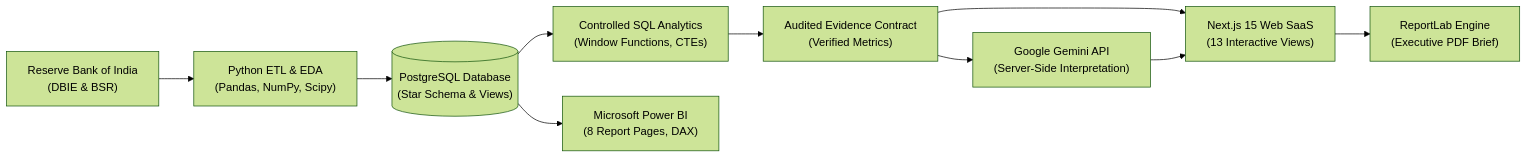
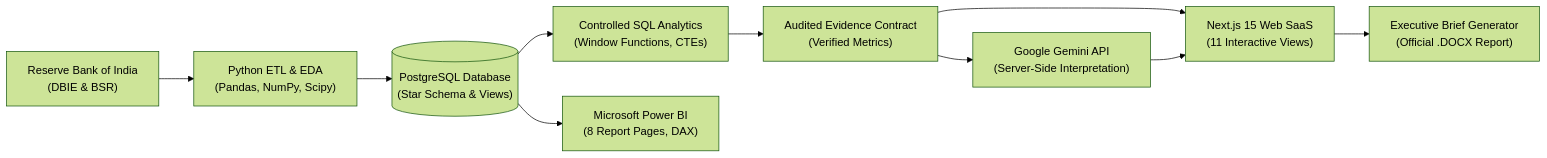
The diagram in README.md (code-with-krish/FinIntellect-RBI-Enterprise-Banking-Financial-Intelligence-), drawn with Mermaid (forest theme) before and after one commit. The commit also changed other lines of this file and 6 other files, not shown here.

````diff
--- a/README.md
+++ b/README.md
@@ -21,12 +58,12 @@
 ```mermaid
 flowchart LR
     RBI["Reserve Bank of India<br/>(DBIE & BSR)"] --> PY["Python ETL & EDA<br/>(Pandas, NumPy, Scipy)"]
     PY --> DB[("PostgreSQL Database<br/>(Star Schema & Views)")]
     DB --> SQL["Controlled SQL Analytics<br/>(Window Functions, CTEs)"]
     SQL --> EVIDENCE["Audited Evidence Contract<br/>(Verified Metrics)"]
     DB --> BI["Microsoft Power BI<br/>(8 Report Pages, DAX)"]
     EVIDENCE --> AI["Google Gemini API<br/>(Server-Side Interpretation)"]
-    EVIDENCE --> APP["Next.js 15 Web SaaS<br/>(13 Interactive Views)"]
+    EVIDENCE --> APP["Next.js 15 Web SaaS<br/>(11 Interactive Views)"]
     AI --> APP
-    APP --> PDF["ReportLab Engine<br/>(Executive PDF Brief)"]
+    APP --> DOCX["Executive Brief Generator<br/>(Official .DOCX Report)"]
 ```
````
